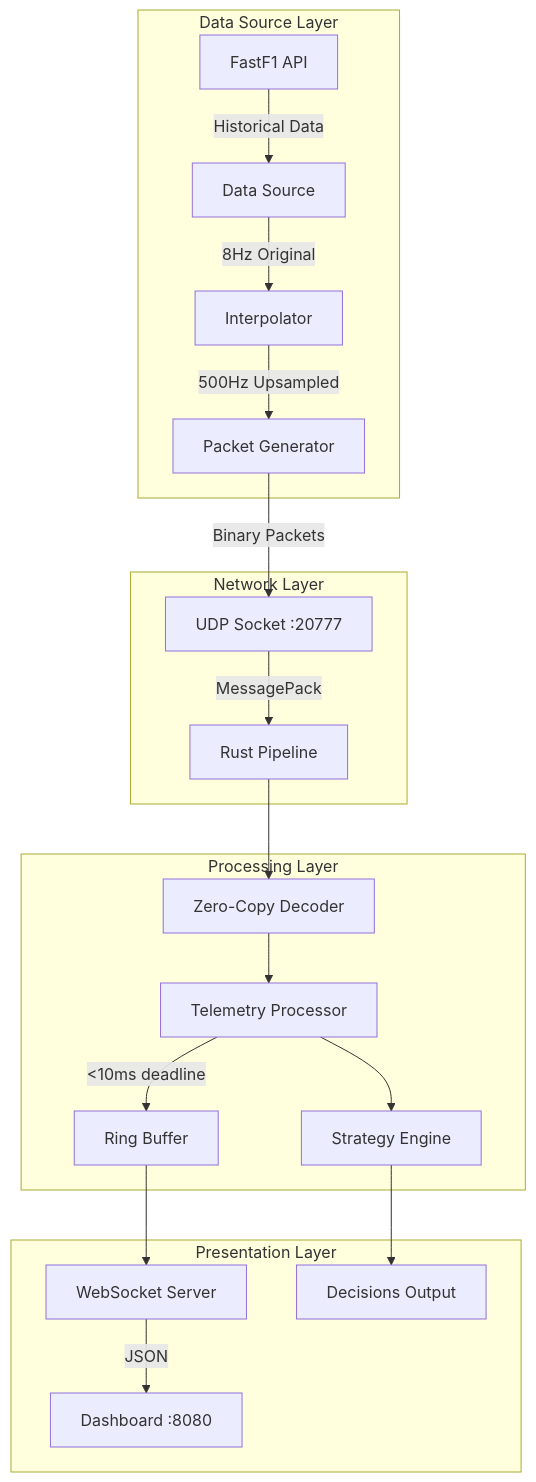
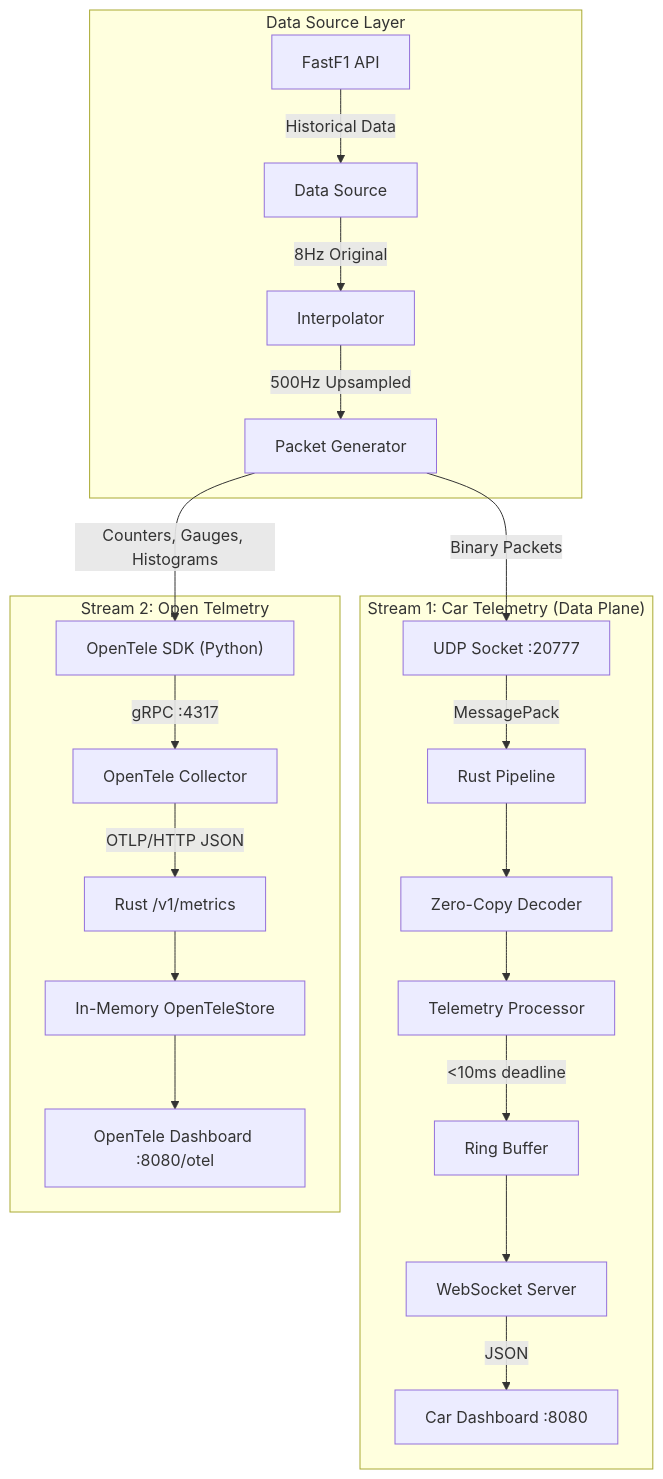
The first of 2 diagrams in README.md (pingu-73/telemetry-pipeline), drawn with Mermaid before and after one commit. The commit also changed other lines of this file and 4 other files, not shown here.

Commit message:
feat: render OTel metrics on Rust backend at /otel - added open_tele_sink.rs for OTLP JSON parser + in-memory metrics store - added opentele_dashboard.html for live metrics page at /otel - modified dashboard.rs with shared AppState, route OTel handlers

````diff
--- a/README.md
+++ b/README.md
@@ -74,27 +88,26 @@
 ```mermaid
 graph TB
     subgraph "Data Source Layer"
-        F1[FastF1 API] -->|Historical Data| DS[Data Source]
-        DS -->|8Hz Original| INT[Interpolator]
-        INT -->|500Hz Upsampled| PG[Packet Generator]
+        F1["FastF1 API"] -->|Historical Data| DS["Data Source"]
+        DS -->|8Hz Original| INT["Interpolator"]
+        INT -->|500Hz Upsampled| PG["Packet Generator"]
     end
     
-    subgraph "Network Layer"
-        PG -->|Binary Packets| UDP[UDP Socket :20777]
-        UDP -->|MessagePack| RUST[Rust Pipeline]
-    end
-    
-    subgraph "Processing Layer"
-        RUST --> DEC[Zero-Copy Decoder]
-        DEC --> PROC[Telemetry Processor]
-        PROC -->|<10ms deadline| BUF[Ring Buffer]
-        PROC --> STRAT[Strategy Engine]
-    end
-    
-    subgraph "Presentation Layer"
-        BUF --> WS[WebSocket Server]
-        WS -->|JSON| DASH[Dashboard :8080]
-        STRAT --> DEC_OUT[Decisions Output]
+    subgraph "Stream 1: Car Telemetry (Data Plane)"
+        PG -->|Binary Packets| UDP["UDP Socket :20777"]
+        UDP -->|MessagePack| RUST["Rust Pipeline"]
+        RUST --> DEC["Zero-Copy Decoder"]
+        DEC --> PROC["Telemetry Processor"]
+        PROC -->|"<10ms deadline"| BUF["Ring Buffer"]
+        BUF --> WS["WebSocket Server"]
+        WS -->|JSON| DASH["Car Dashboard :8080"]
     end
 
+    subgraph "Stream 2: Open Telmetry"
+        PG -->|Counters, Gauges, Histograms| OTEL["OpenTele SDK (Python)"]
+        OTEL -->|gRPC :4317| COLL["OpenTele Collector"]
+        COLL -->|OTLP/HTTP JSON| SINK["Rust /v1/metrics"]
+        SINK --> STORE["In-Memory OpenTeleStore"]
+        STORE --> ODASH["OpenTele Dashboard :8080/otel"]
+    end
 ```
````
